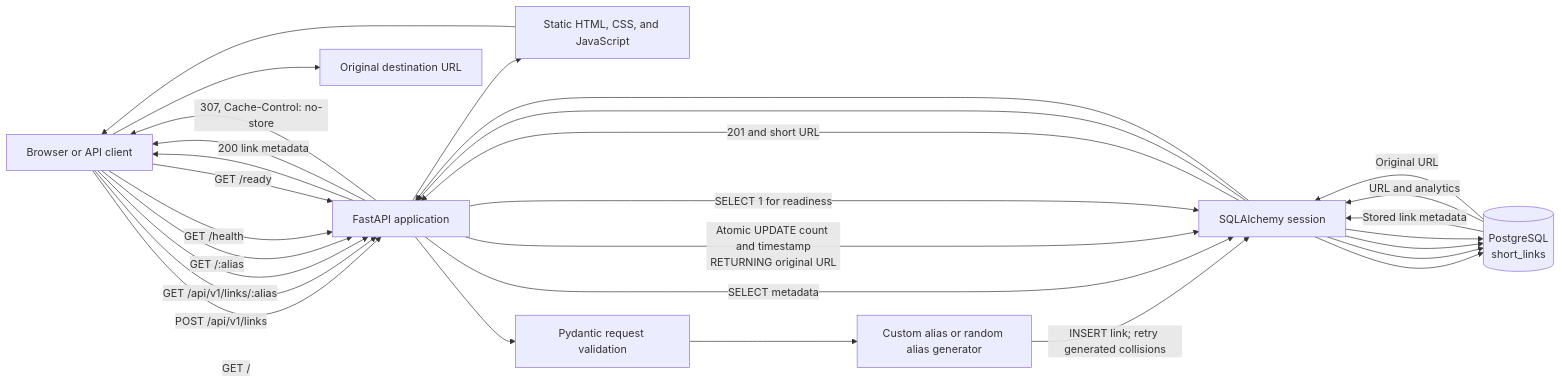
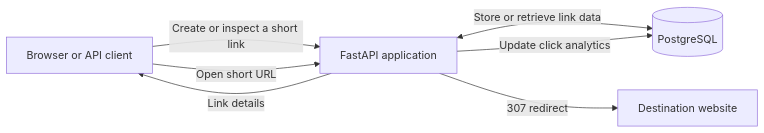
The diagram in README.md (TejusR/DO-tiny-url), drawn with Mermaid before and after one commit. The commit also changed other lines of this file, not shown here.

Commit message:
Simplify architecture diagram

````diff
--- a/README.md
+++ b/README.md
@@ -13,44 +13,15 @@
 ```mermaid
 flowchart LR
-    User[Browser or API client]
+    Client[Browser or API client]
     App[FastAPI application]
-    UI[Static HTML, CSS, and JavaScript]
-    Validation[Pydantic request validation]
-    Alias[Custom alias or random alias generator]
-    ORM[SQLAlchemy session]
-    DB[(PostgreSQL<br/>short_links)]
-    Destination[Original destination URL]
+    DB[(PostgreSQL)]
+    Destination[Destination website]
 
-    User -->|GET /| App
-    App --> UI
-    UI --> User
+    Client -->|Create or inspect a short link| App
+    App <-->|Store or retrieve link data| DB
+    App -->|Link details| Client
 
-    User -->|POST /api/v1/links| App
-    App --> Validation
-    Validation --> Alias
-    Alias -->|INSERT link; retry generated collisions| ORM
-    ORM --> DB
-    DB -->|Stored link metadata| ORM
-    ORM -->|201 and short URL| App
-    App --> User
-
-    User -->|GET /api/v1/links/:alias| App
-    App -->|SELECT metadata| ORM
-    ORM --> DB
-    DB -->|URL and analytics| ORM
-    ORM --> App
-    App -->|200 link metadata| User
-
-    User -->|GET /:alias| App
-    App -->|Atomic UPDATE count and timestamp<br/>RETURNING original URL| ORM
-    ORM --> DB
-    DB -->|Original URL| ORM
-    ORM --> App
-    App -->|307, Cache-Control: no-store| User
-    User --> Destination
-
-    User -->|GET /health| App
-    User -->|GET /ready| App
-    App -->|SELECT 1 for readiness| ORM
-    ORM --> DB
+    Client -->|Open short URL| App
+    App -->|Update click analytics| DB
+    App -->|307 redirect| Destination
 ```
````
